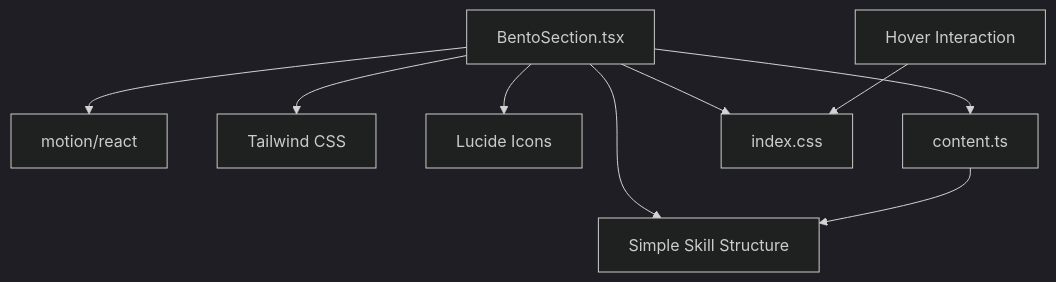
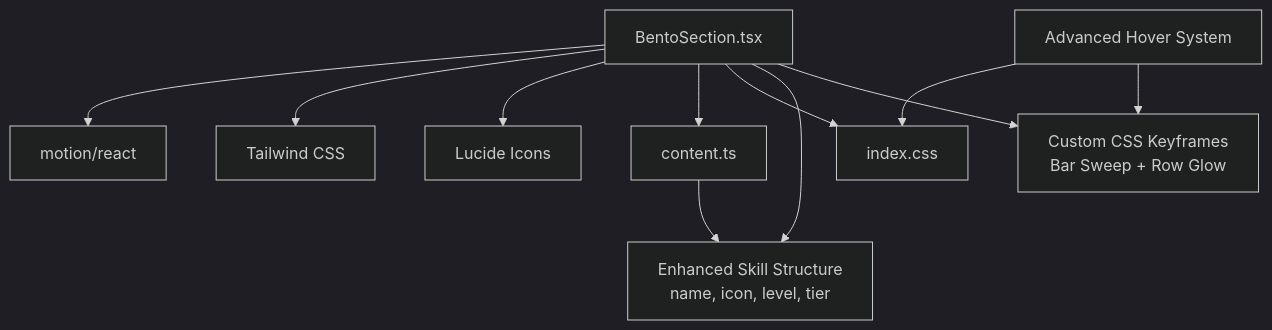
Before and after one commit to subash7781/Portfolio: the fourth of 4 diagrams in .qoder/repowiki/en/content/Component Library & UI Elements/BentoSection Component.md, drawn with Mermaid (dark theme). The commit also changed other lines of this file and 7 other files, not shown here.

````diff
--- a/.qoder/repowiki/en/content/Component Library & UI Elements/BentoSection Component.md
+++ b/.qoder/repowiki/en/content/Component Library & UI Elements/BentoSection Component.md
@@ -292,11 +319,13 @@
 ```mermaid
 graph TB
 Bento["BentoSection.tsx"] --> MotionLib["motion/react"]
 Bento --> TailwindLib["Tailwind CSS"]
 Bento --> Icons["Lucide Icons"]
 Bento --> Content["content.ts"]
 Bento --> Styles["index.css"]
-Bento --> SimpleType["Simple Skill Structure"]
-Content --> SimpleType
-HoverSystem["Hover Interaction"] --> Styles
+Bento --> EnhancedType["Enhanced Skill Structure<br/>name, icon, level, tier"]
+Bento --> Keyframes["Custom CSS Keyframes<br/>Bar Sweep + Row Glow"]
+Content --> EnhancedType
+HoverSystem["Advanced Hover System"] --> Styles
+HoverSystem --> Keyframes
 ```
````
